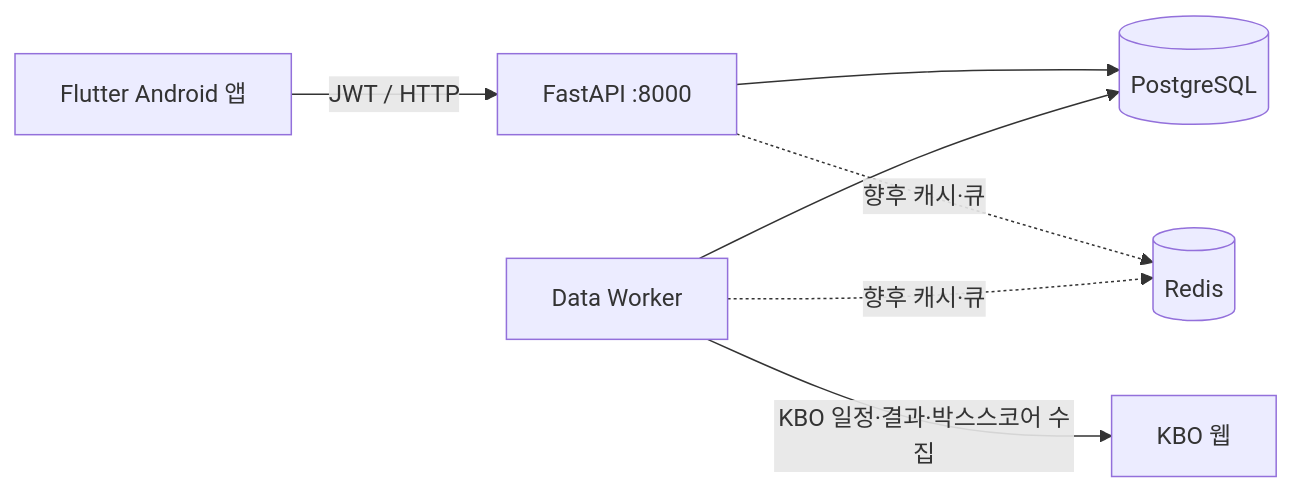
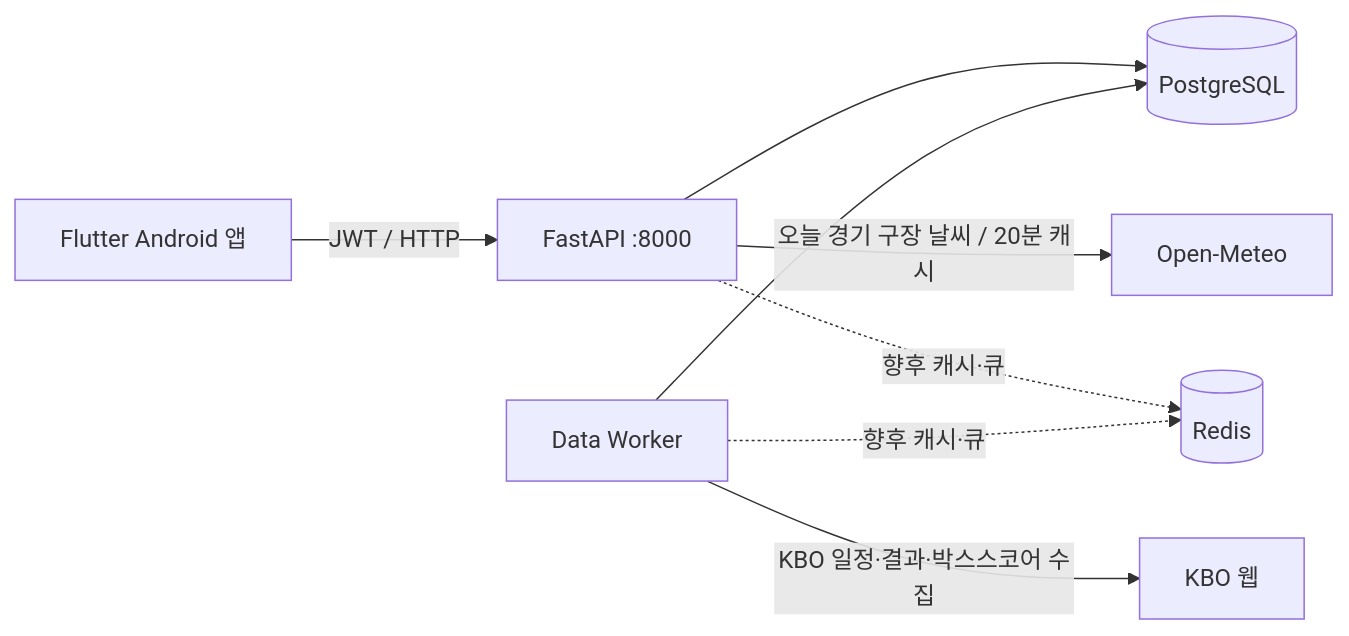
The diagram in CURRENT_LOGIC_AND_FEATURES.md (dandihara/my9), drawn with Mermaid before and after one commit. The commit also changed other lines of this file and 20 other files, not shown here.

````diff
--- a/CURRENT_LOGIC_AND_FEATURES.md
+++ b/CURRENT_LOGIC_AND_FEATURES.md
@@ -9,9 +9,10 @@
 ```mermaid
 flowchart LR
     APP["Flutter Android 앱"] -->|JWT / HTTP| API["FastAPI :8000"]
     API --> DB[("PostgreSQL")]
+    API -->|오늘 경기 구장 날씨 / 20분 캐시| WEATHER["Open-Meteo"]
     WORKER["Data Worker"] -->|KBO 일정·결과·박스스코어 수집| KBO["KBO 웹"]
     WORKER --> DB
     API -. 향후 캐시·큐 .-> REDIS[("Redis")]
     WORKER -. 향후 캐시·큐 .-> REDIS
 ```
````
